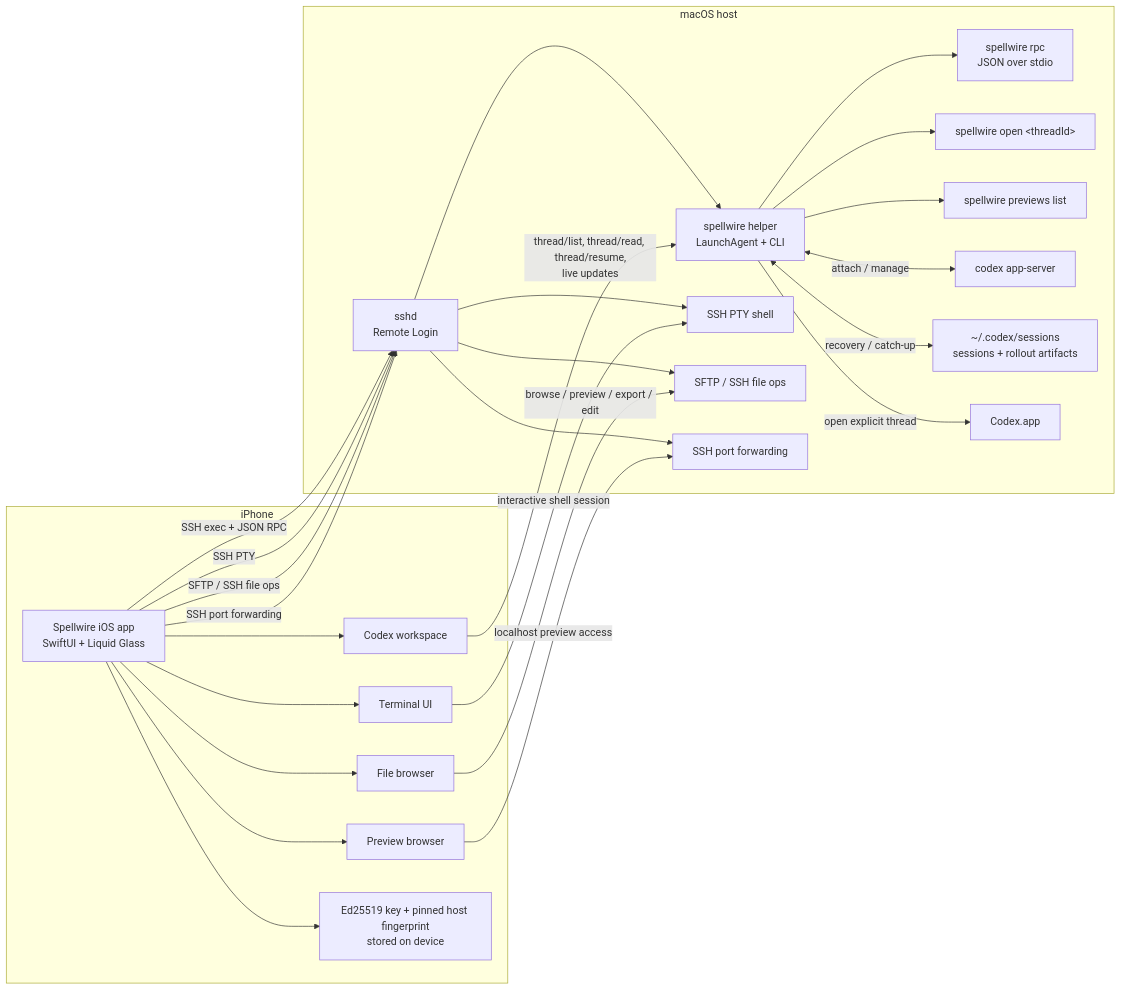
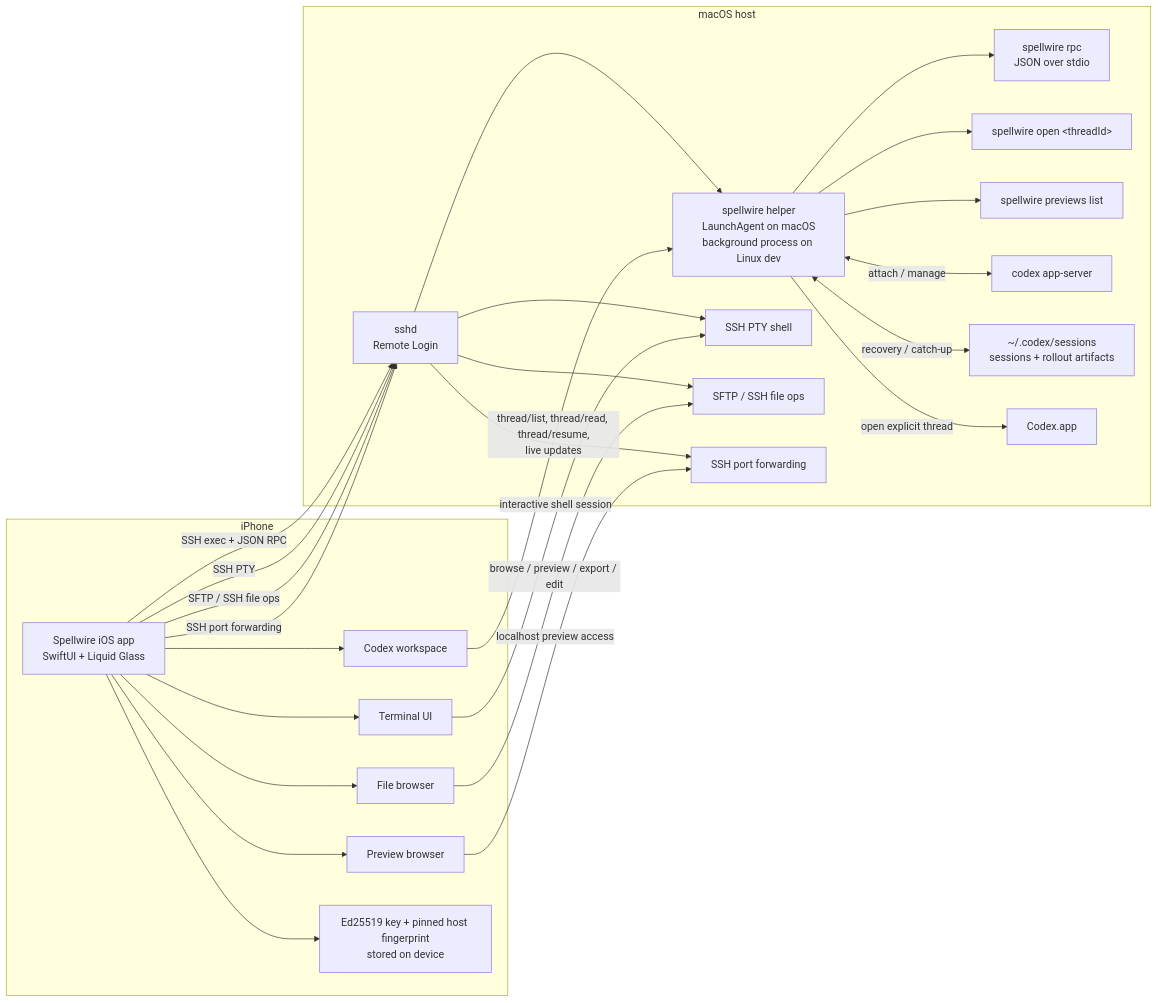
Before and after one commit to felixgollnhuber/spellwire: the diagram in README.md, drawn with Mermaid. The commit also changed other lines of this file and 11 other files, not shown here.

Commit message:
Add Linux helper startup support

````diff
--- a/README.md
+++ b/README.md
@@ -57,54 +58,54 @@
 ```mermaid
 flowchart LR
     subgraph iPhone["iPhone"]
         IOS["Spellwire iOS app<br/>SwiftUI + Liquid Glass"]
         CHAT["Codex workspace"]
         TERM["Terminal UI"]
         FILES["File browser"]
         PREV["Preview browser"]
         KEYS["Ed25519 key + pinned host fingerprint<br/>stored on device"]
     end
 
     subgraph Mac["macOS host"]
         SSHD["sshd<br/>Remote Login"]
-        HELPER["spellwire helper<br/>LaunchAgent + CLI"]
+        HELPER["spellwire helper<br/>LaunchAgent on macOS<br/>background process on Linux dev"]
         RPC["spellwire rpc<br/>JSON over stdio"]
         OPEN["spellwire open &lt;threadId&gt;"]
         PRELIST["spellwire previews list"]
         APPSERVER["codex app-server"]
         SESS["~/.codex/sessions<br/>sessions + rollout artifacts"]
         CODEXAPP["Codex.app"]
         PTY["SSH PTY shell"]
         SFTP["SFTP / SSH file ops"]
         TUNNEL["SSH port forwarding"]
     end
 
     IOS --> CHAT
     IOS --> TERM
     IOS --> FILES
     IOS --> PREV
     IOS --> KEYS
 
     IOS -->|"SSH exec + JSON RPC"| SSHD
     IOS -->|"SSH PTY"| SSHD
     IOS -->|"SFTP / SSH file ops"| SSHD
     IOS -->|"SSH port forwarding"| SSHD
 
     SSHD --> HELPER
     SSHD --> PTY
     SSHD --> SFTP
     SSHD --> TUNNEL
 
     HELPER --> RPC
     HELPER --> OPEN
     HELPER --> PRELIST
 
     HELPER <-->|"attach / manage"| APPSERVER
     HELPER <-->|"recovery / catch-up"| SESS
     HELPER -->|"open explicit thread"| CODEXAPP
 
     CHAT -->|"thread/list, thread/read, thread/resume,<br/>live updates"| HELPER
     TERM -->|"interactive shell session"| PTY
     FILES -->|"browse / preview / export / edit"| SFTP
     PREV -->|"localhost preview access"| TUNNEL
 ```
````
